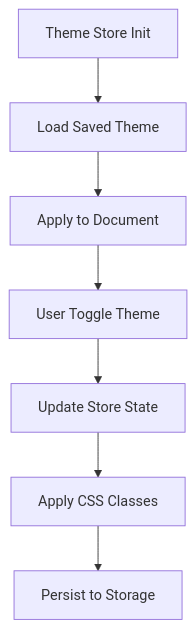
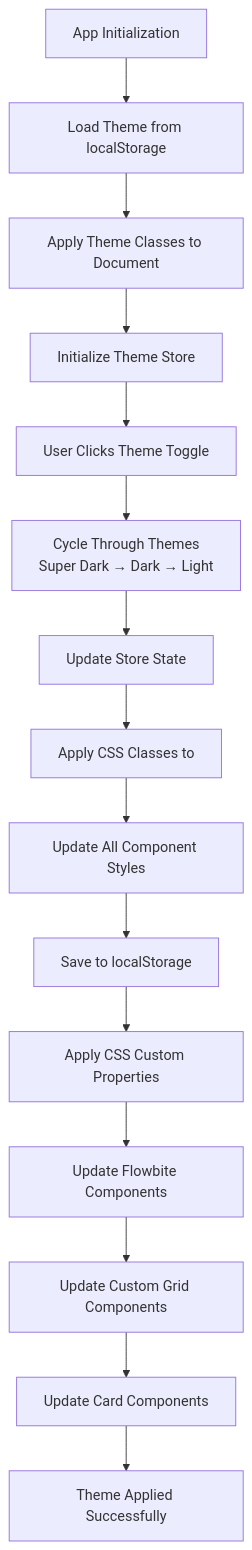
Before and after one commit to CSchotborgh/ecx-web-ui-main-september: the fifth of 10 diagrams in README.md, drawn with Mermaid. The commit also changed other lines of this file, not shown here.

First line of the commit message:
Assistant checkpoint: Added comprehensive UI/UX flow diagrams to README

````diff
--- a/README.md
+++ b/README.md
@@ -115,9 +188,17 @@
 ```mermaid
 graph TD
-    A[Theme Store Init] --> B[Load Saved Theme]
-    B --> C[Apply to Document]
-    C --> D[User Toggle Theme]
-    D --> E[Update Store State]
-    E --> F[Apply CSS Classes]
-    F --> G[Persist to Storage]
+    A[App Initialization] --> B[Load Theme from localStorage]
+    B --> C[Apply Theme Classes to Document]
+    C --> D[Initialize Theme Store]
+    D --> E[User Clicks Theme Toggle]
+    E --> F[Cycle Through Themes<br/>Super Dark → Dark → Light]
+    F --> G[Update Store State]
+    G --> H[Apply CSS Classes to <body>]
+    H --> I[Update All Component Styles]
+    I --> J[Save to localStorage]
+    J --> K[Apply CSS Custom Properties]
+    K --> L[Update Flowbite Components]
+    L --> M[Update Custom Grid Components]
+    M --> N[Update Card Components]
+    N --> O[Theme Applied Successfully]
 ```
````
